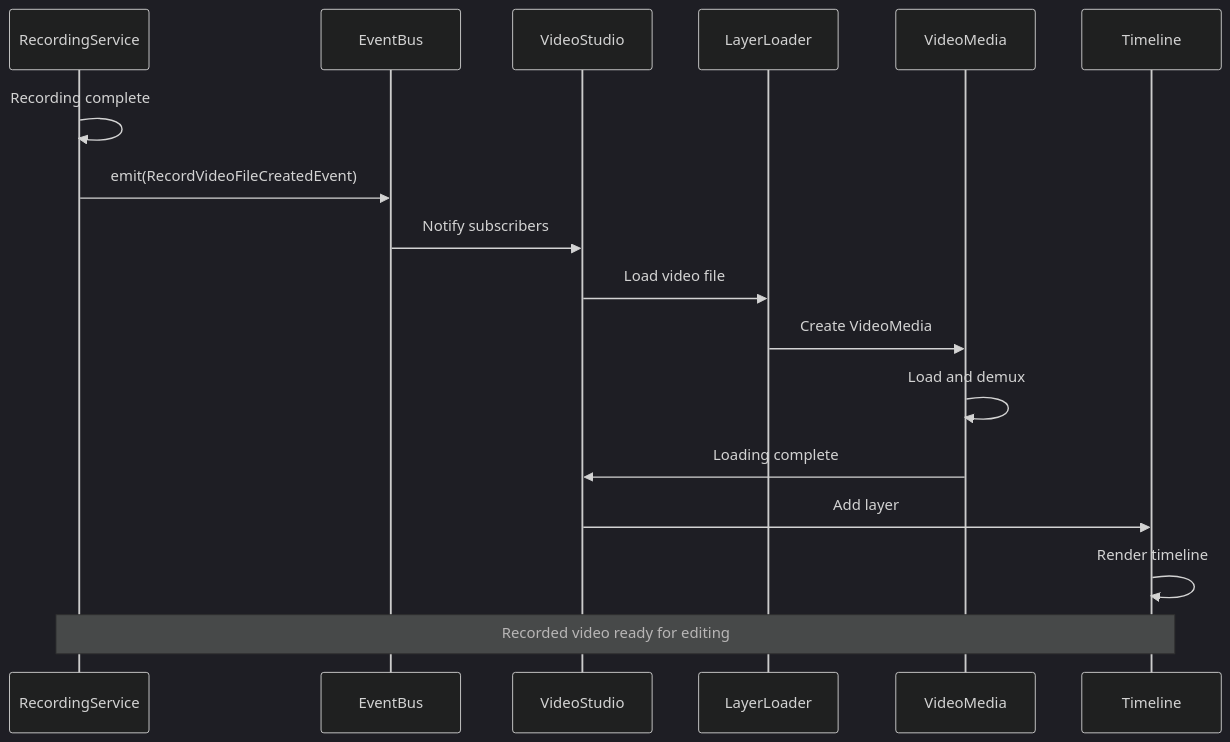
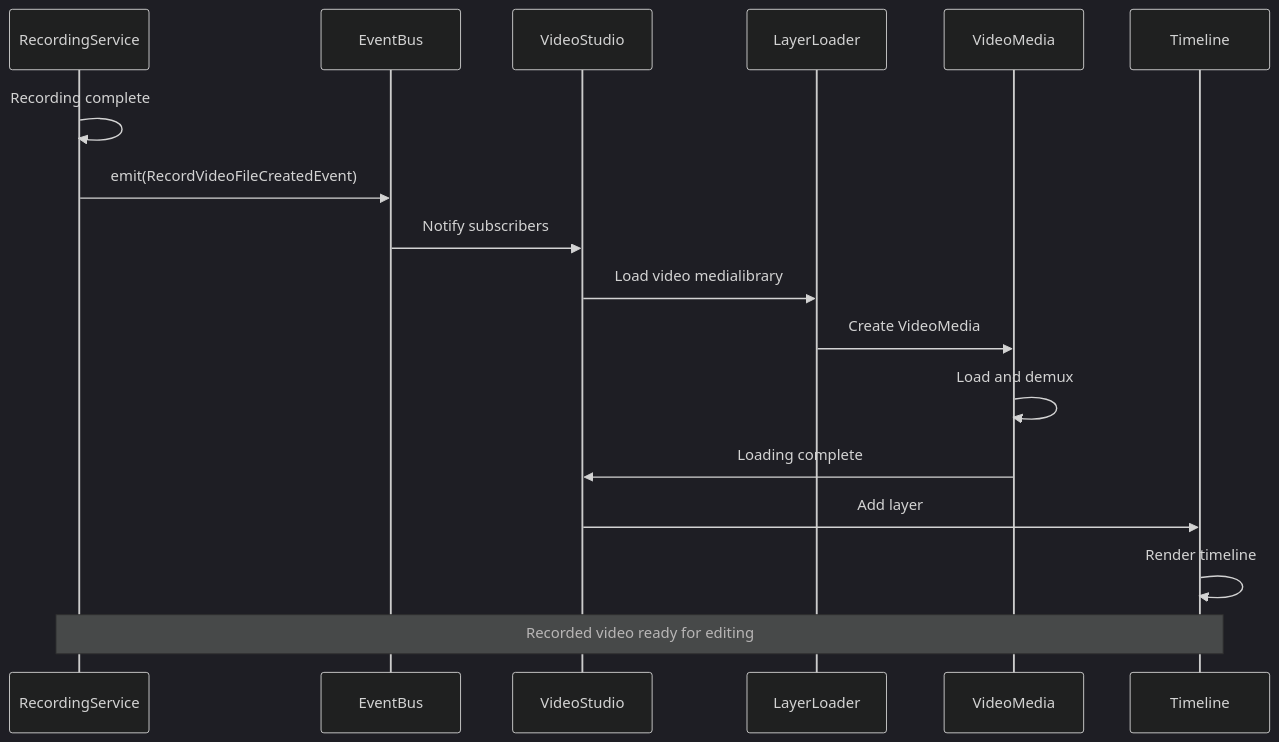
The ninth of 9 diagrams in docs/architecture/06-recording-system.md (apssouza22/web-video-edit), drawn with Mermaid (dark theme) before and after one commit. The commit also changed other lines of this file and 17 other files, not shown here.

````diff
--- a/docs/architecture/06-recording-system.md
+++ b/docs/architecture/06-recording-system.md
@@ -653,24 +653,24 @@
 ```mermaid
 sequenceDiagram
     participant Record as RecordingService
     participant EventBus
     participant Studio as VideoStudio
     participant Loader as LayerLoader
     participant VideoMedia
     participant Timeline
 
     Record->>Record: Recording complete
     Record->>EventBus: emit(RecordVideoFileCreatedEvent)
     
     EventBus->>Studio: Notify subscribers
-    Studio->>Loader: Load video file
+    Studio->>Loader: Load video medialibrary
     
     Loader->>VideoMedia: Create VideoMedia
     VideoMedia->>VideoMedia: Load and demux
     
     VideoMedia->>Studio: Loading complete
     Studio->>Timeline: Add layer
     Timeline->>Timeline: Render timeline
     
     Note over Record,Timeline: Recorded video ready for editing
 ```
````
